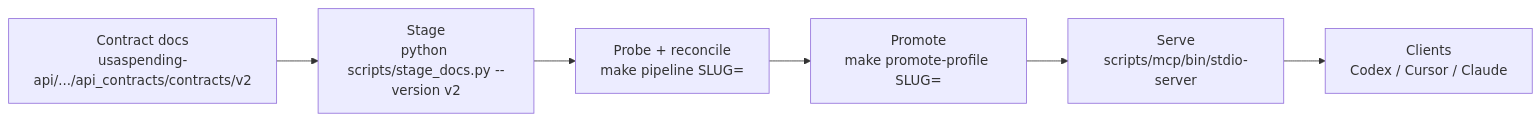
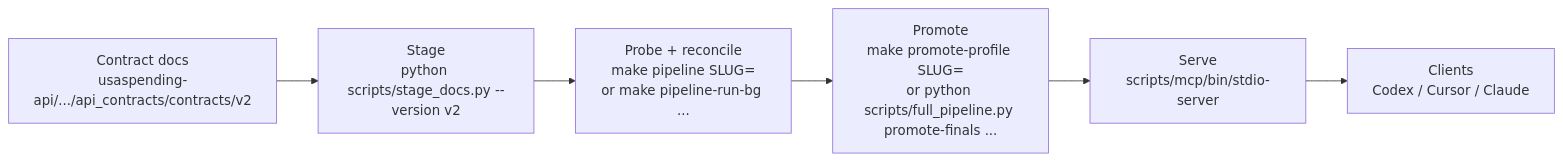
The diagram in README.md (saulrichardson/gov-mcp), drawn with Mermaid before and after one commit. The commit also changed other lines of this file and 147 other files, not shown here.

````diff
--- a/README.md
+++ b/README.md
@@ -14,8 +14,8 @@
 ```mermaid
 flowchart LR
     A["Contract docs\nusaspending-api/.../api_contracts/contracts/v2"] --> B["Stage\npython scripts/stage_docs.py --version v2"]
-    B --> C["Probe + reconcile\nmake pipeline SLUG=<slug>"]
-    C --> D["Promote\nmake promote-profile SLUG=<slug>"]
+    B --> C["Probe + reconcile\nmake pipeline SLUG=<slug>\nor make pipeline-run-bg ..."]
+    C --> D["Promote\nmake promote-profile SLUG=<slug>\nor python scripts/full_pipeline.py promote-finals ..."]
     D --> E["Serve\nscripts/mcp/bin/stdio-server"]
     E --> F["Clients\nCodex / Cursor / Claude"]
 ```
````
